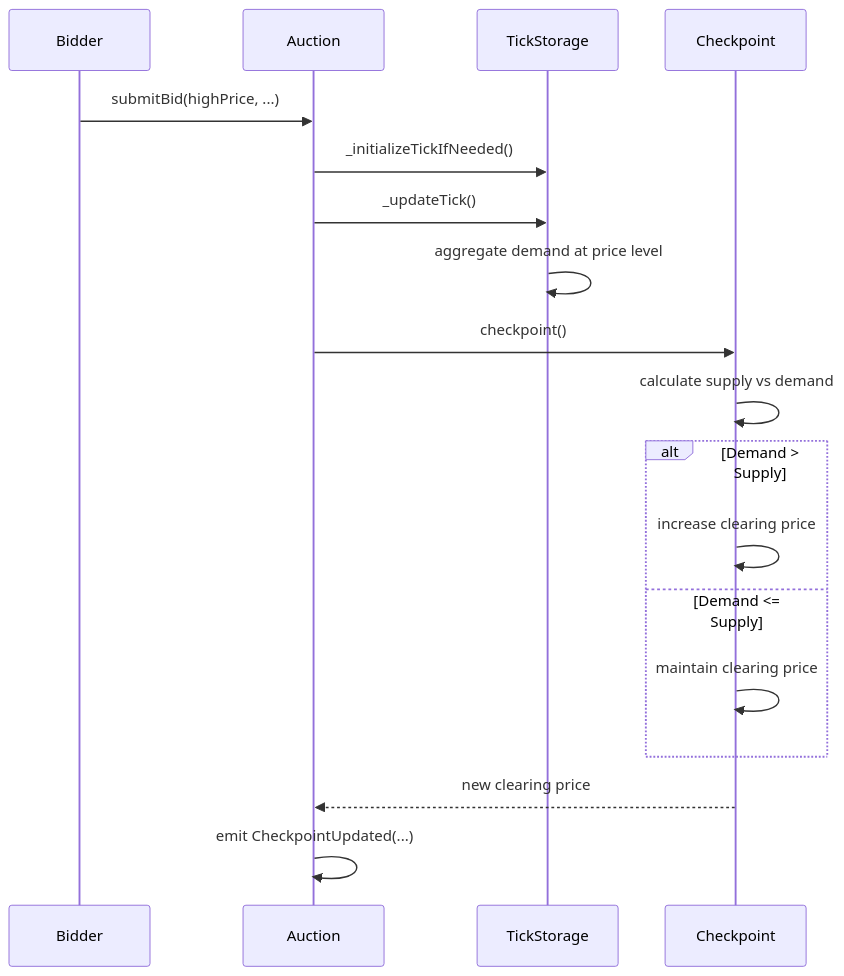
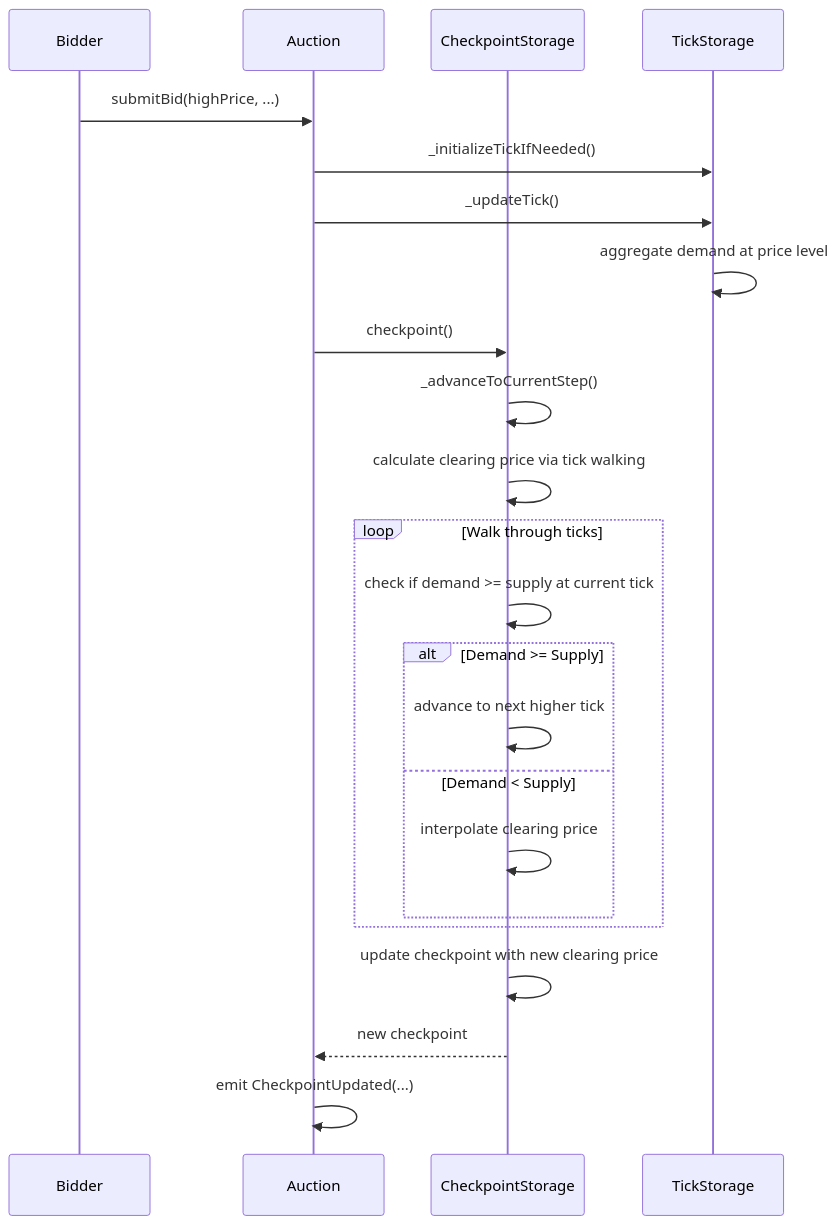
The fifth of 5 diagrams in README.md (Uniswap/continuous-clearing-auction), drawn with Mermaid before and after one commit. The commit also changed other lines of this file, not shown here.

````diff
--- a/README.md
+++ b/README.md
@@ -319,21 +354,26 @@
 ```mermaid
 sequenceDiagram
     participant Bidder
     participant Auction
+    participant CheckpointStorage
     participant TickStorage
-    participant Checkpoint
 
     Bidder->>Auction: submitBid(highPrice, ...)
     Auction->>TickStorage: _initializeTickIfNeeded()
     Auction->>TickStorage: _updateTick() 
     TickStorage->>TickStorage: aggregate demand at price level
-    Auction->>Checkpoint: checkpoint()
-    Checkpoint->>Checkpoint: calculate supply vs demand
-    alt Demand > Supply
-        Checkpoint->>Checkpoint: increase clearing price
-    else Demand <= Supply  
-        Checkpoint->>Checkpoint: maintain clearing price
+    Auction->>CheckpointStorage: checkpoint()
+    CheckpointStorage->>CheckpointStorage: _advanceToCurrentStep()
+    CheckpointStorage->>CheckpointStorage: calculate clearing price via tick walking
+    loop Walk through ticks
+        CheckpointStorage->>CheckpointStorage: check if demand >= supply at current tick
+        alt Demand >= Supply
+            CheckpointStorage->>CheckpointStorage: advance to next higher tick
+        else Demand < Supply
+            CheckpointStorage->>CheckpointStorage: interpolate clearing price
+        end
     end
-    Checkpoint-->>Auction: new clearing price
+    CheckpointStorage->>CheckpointStorage: update checkpoint with new clearing price
+    CheckpointStorage-->>Auction: new checkpoint
     Auction->>Auction: emit CheckpointUpdated(...)
 ```
````
